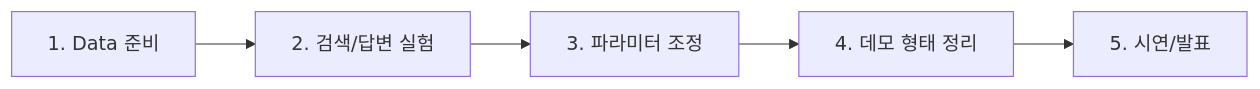
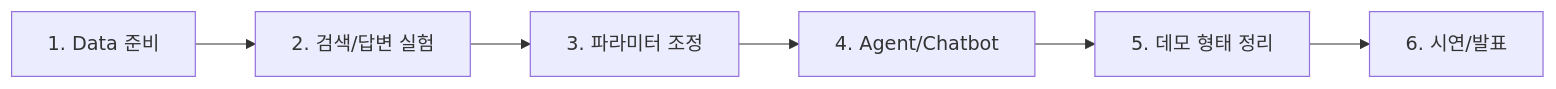
One commit to Codeit-Part3-6Team/Codeit-Part3-6Team-Project changed the diagram in docs/team/workflow.md. Above: the diagram before and after it, drawn with Mermaid. The commit also changed 19 other files, not shown here.

Commit message:
docs: 20개 문서 Agent/Chatbot 반영 — 경로 수정, 신규 모듈 추가, 산출물 갱신

````diff
--- a/docs/team/workflow.md
+++ b/docs/team/workflow.md
@@ -11,7 +11,8 @@
 ```mermaid
 flowchart LR
   A["1. Data 준비"] --> B["2. 검색/답변 실험"]
   B --> C["3. 파라미터 조정"]
-  C --> D["4. 데모 형태 정리"]
-  D --> E["5. 시연/발표"]
+  C --> D["4. Agent/Chatbot"]
+  D --> E["5. 데모 형태 정리"]
+  E --> F["6. 시연/발표"]
 ```
````
